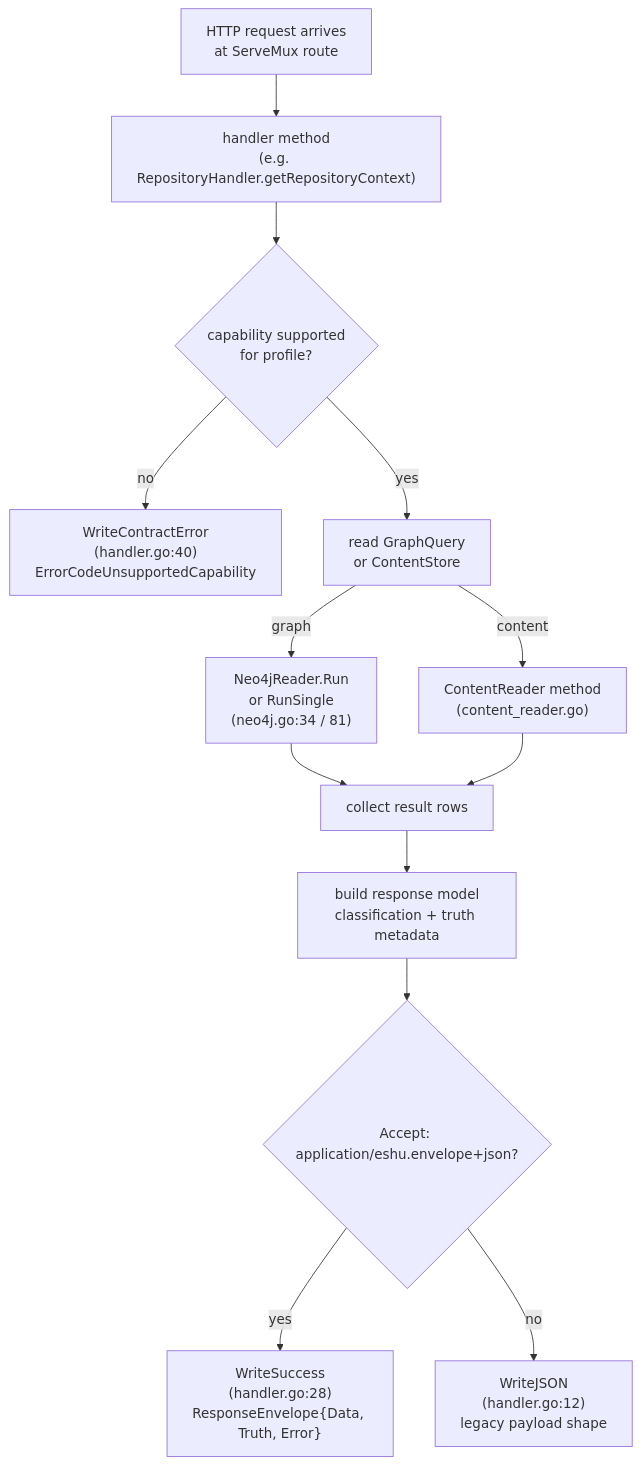
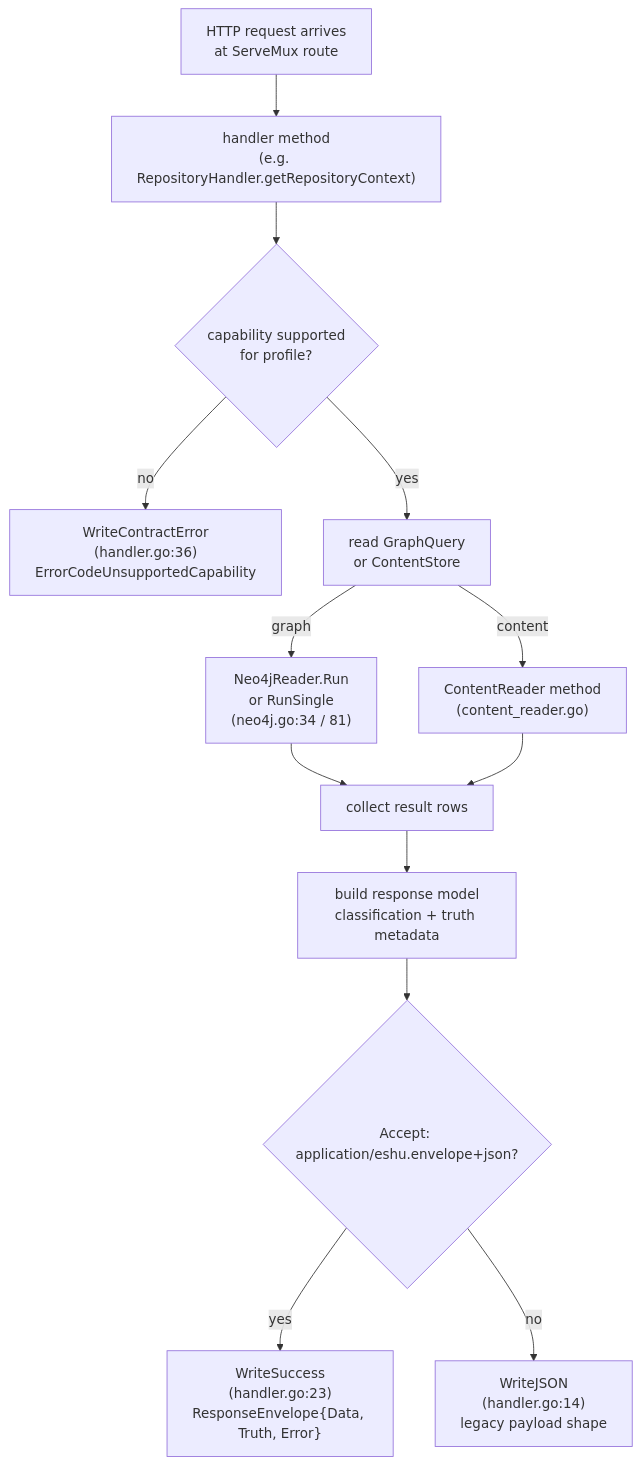
One commit to eshu-hq/eshu changed the second of 2 diagrams in go/internal/query/README.md. Above: the diagram before and after it, drawn with Mermaid. The commit also changed other lines of this file and 1 other file, not shown here.

````diff
--- a/go/internal/query/README.md
+++ b/go/internal/query/README.md
@@ -79,15 +79,15 @@
 ```mermaid
 flowchart TB
   A["HTTP request arrives\nat ServeMux route"] --> B["handler method\n(e.g. RepositoryHandler.getRepositoryContext)"]
   B --> C{"capability supported\nfor profile?"}
-  C -- no --> D["WriteContractError\n(handler.go:40)\nErrorCodeUnsupportedCapability"]
+  C -- no --> D["WriteContractError\n(handler.go:36)\nErrorCodeUnsupportedCapability"]
   C -- yes --> E["read GraphQuery\nor ContentStore"]
   E -- graph --> F["Neo4jReader.Run\nor RunSingle\n(neo4j.go:34 / 81)"]
   E -- content --> G["ContentReader method\n(content_reader.go)"]
   F --> H["collect result rows"]
   G --> H
   H --> I["build response model\nclassification + truth metadata"]
   I --> J{"Accept: application/eshu.envelope+json?"}
-  J -- yes --> K["WriteSuccess\n(handler.go:28)\nResponseEnvelope{Data, Truth, Error}"]
-  J -- no --> L["WriteJSON\n(handler.go:12)\nlegacy payload shape"]
+  J -- yes --> K["WriteSuccess\n(handler.go:23)\nResponseEnvelope{Data, Truth, Error}"]
+  J -- no --> L["WriteJSON\n(handler.go:14)\nlegacy payload shape"]
 ```
````
